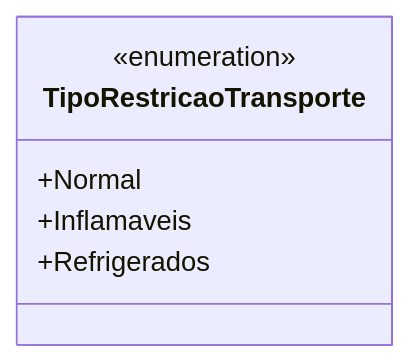
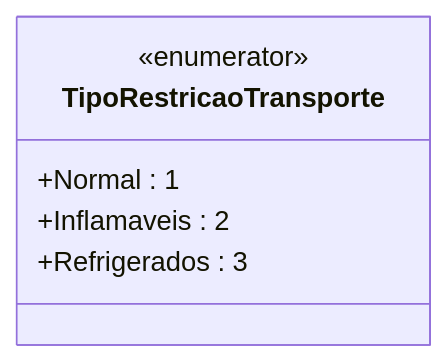
One commit to IsthmusSistemas/documentacao-tecnica changed the diagram in docs/b2b-dominio/IsthmusWinthor.Nucleo/IsthmusWinthor.Dominio/Enumeradores/TipoRestricaoTransporte.md. Above: the diagram before and after it, drawn with Mermaid. The commit also changed other lines of this file and 882 other files, not shown here.

````diff
--- a/docs/b2b-dominio/IsthmusWinthor.Nucleo/IsthmusWinthor.Dominio/Enumeradores/TipoRestricaoTransporte.md
+++ b/docs/b2b-dominio/IsthmusWinthor.Nucleo/IsthmusWinthor.Dominio/Enumeradores/TipoRestricaoTransporte.md
@@ -15,9 +13,9 @@
 ```mermaid
 classDiagram
     class TipoRestricaoTransporte {
-        <<enumeration>>
-        +Normal
-        +Inflamaveis
-        +Refrigerados
+        <<enumerator>>
+        +Normal : 1
+        +Inflamaveis : 2
+        +Refrigerados : 3
     }
 ```
````
